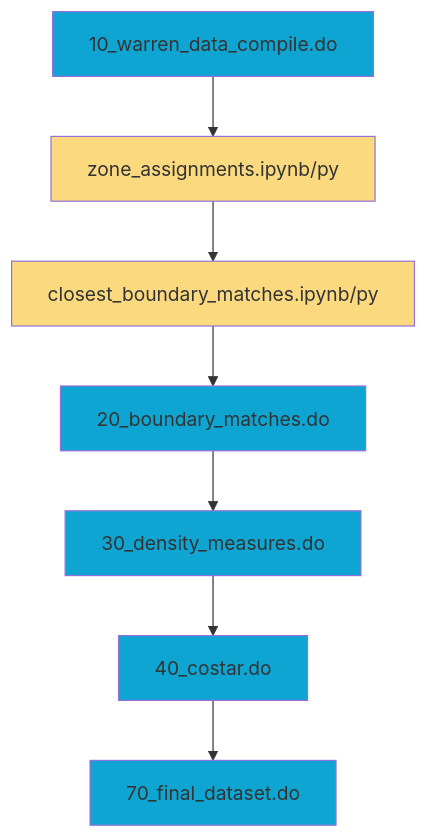
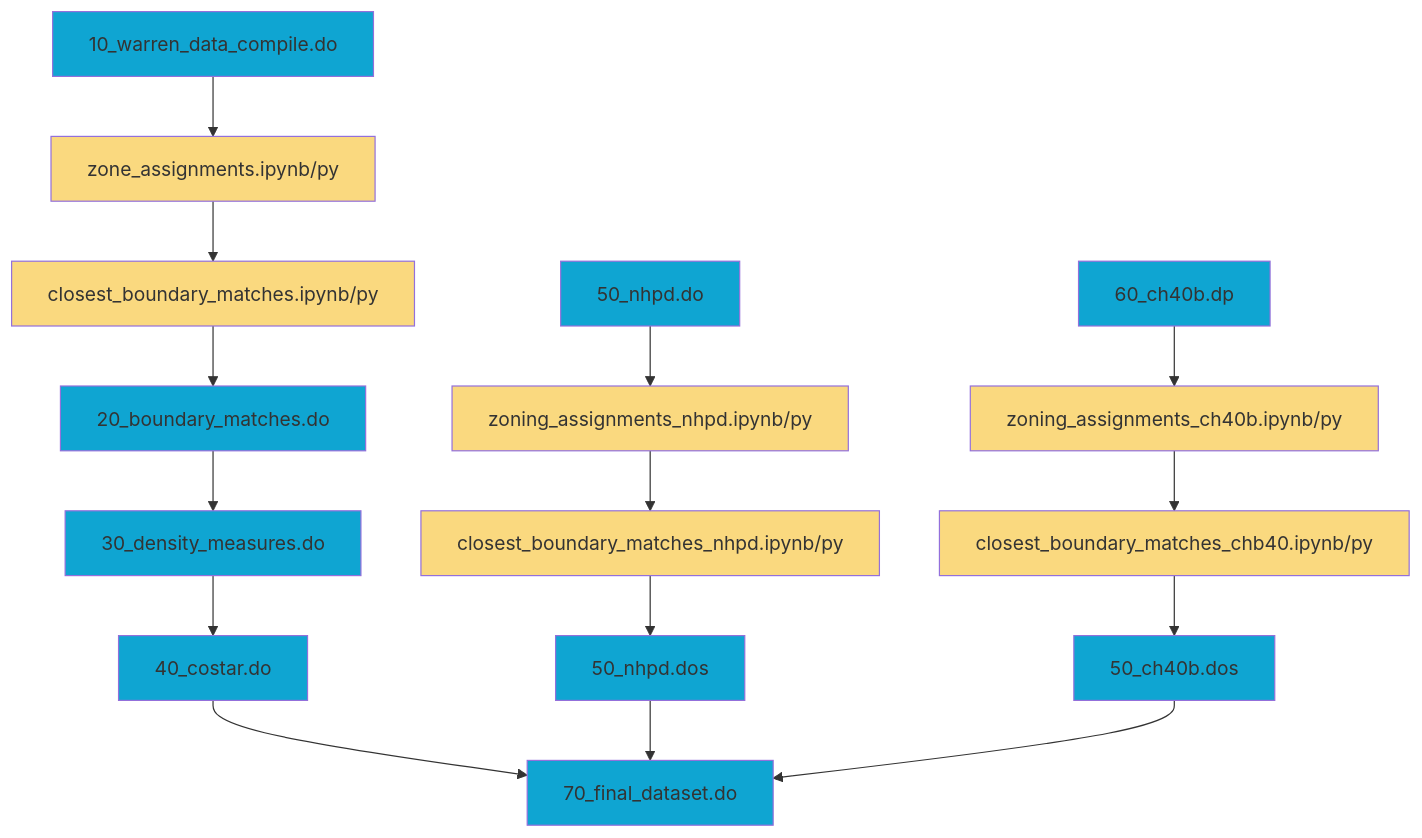
One commit to nchiumenti/boston_zoning changed the first of 6 diagrams in code/data_setup/README.md. Above: the diagram before and after it, drawn with Mermaid.

````diff
--- a/code/data_setup/README.md
+++ b/code/data_setup/README.md
@@ -47,7 +47,12 @@
 ```mermaid
 flowchart TD
     classDef do fill:#0fa5d2
     classDef py fill:#fad97f
 
     10_warren_data_compile.do:::do --> zone_assignments.ipynb/py:::py --> closest_boundary_matches.ipynb/py:::py --> 20_boundary_matches.do:::do --> 30_density_measures.do:::do --> 40_costar.do:::do --> 70_final_dataset.do:::do
+
+    50_nhpd.do:::do --> zoning_assignments_nhpd.ipynb/py:::py --> closest_boundary_matches_nhpd.ipynb/py:::py --> 50_nhpd.dos:::do --> 70_final_dataset.do:::do
+
+    60_ch40b.dp:::do --> zoning_assignments_ch40b.ipynb/py:::py --> closest_boundary_matches_chb40.ipynb/py:::py --> 50_ch40b.dos:::do --> 70_final_dataset.do:::do
+
 ```
````
